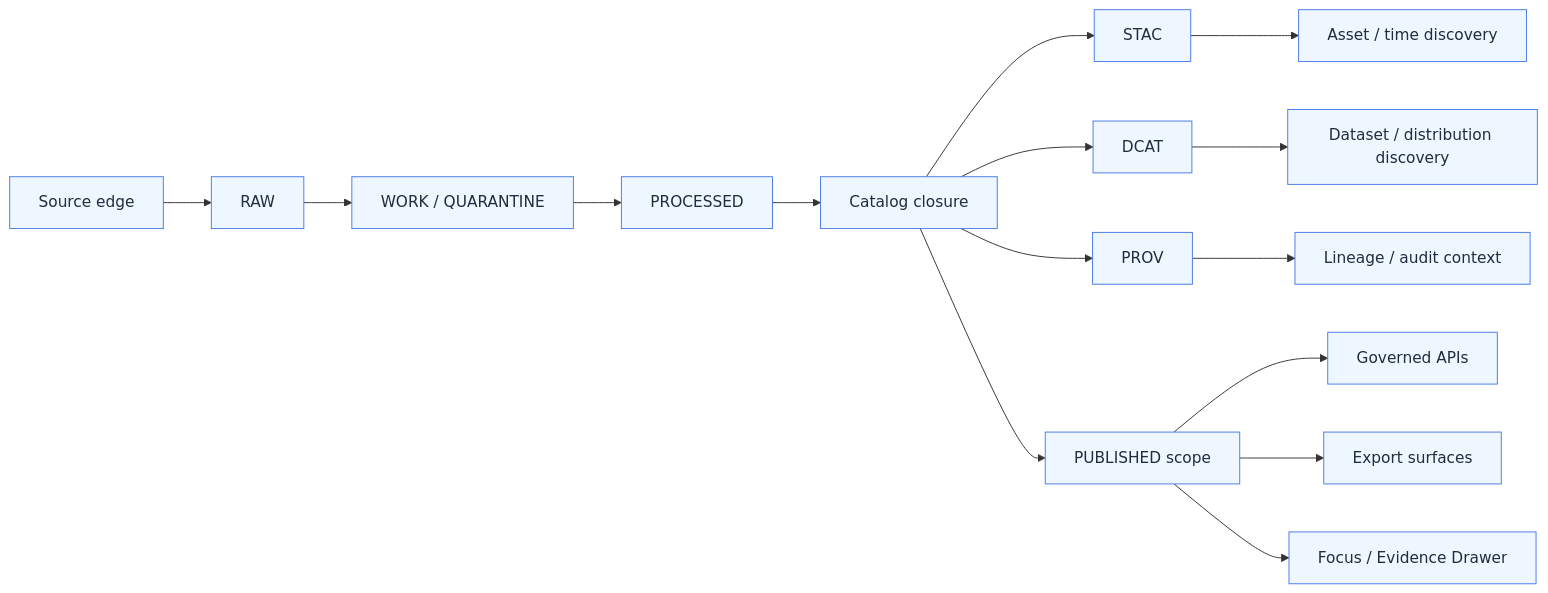
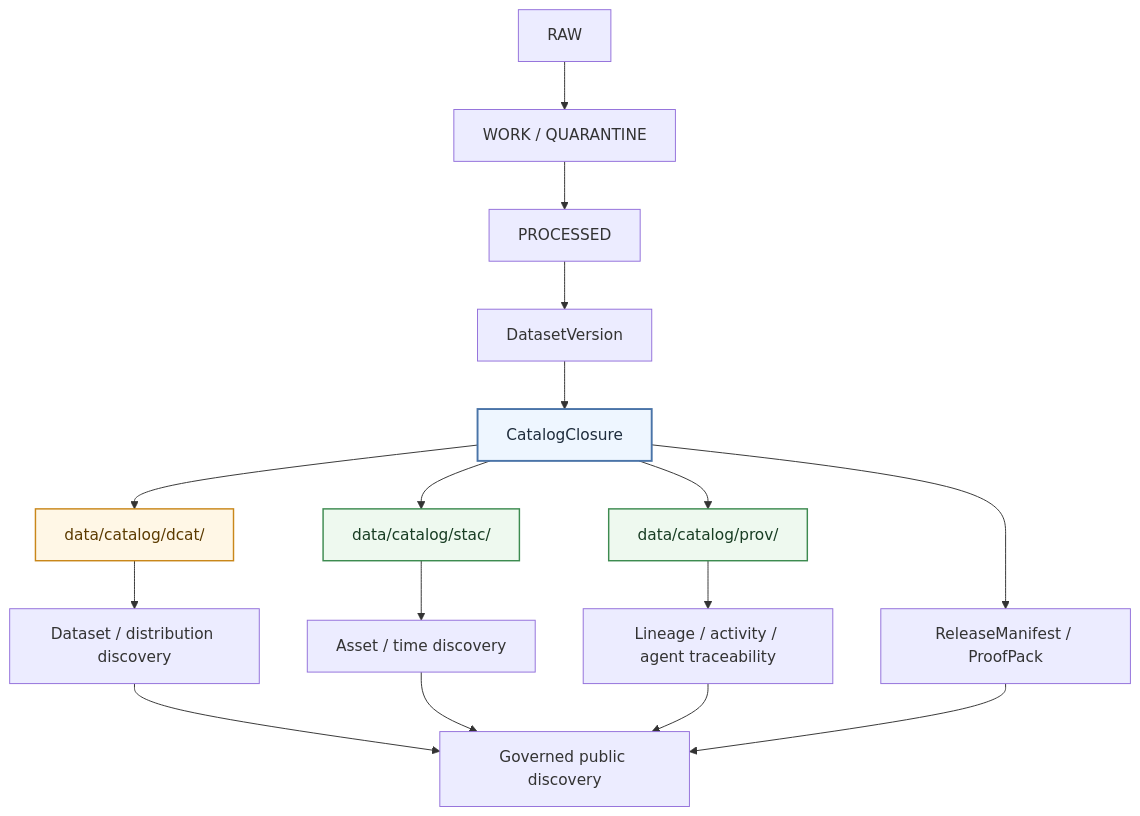
Before and after one commit to bartytime4life/Kansas-Frontier-Matrix: the diagram in data/catalog/dcat/README.md, drawn with Mermaid. The commit also changed other lines of this file, not shown here.

First line of the commit message:
Revise DCAT README with ownership and metadata updates

````diff
--- a/data/catalog/dcat/README.md
+++ b/data/catalog/dcat/README.md
@@ -275,25 +299,28 @@
 ```mermaid
-flowchart LR
-    A[Source edge] --> B[RAW]
-    B --> C[WORK / QUARANTINE]
-    C --> D[PROCESSED]
-    D --> E[Catalog closure]
+flowchart TD
+    A[RAW] --> B[WORK / QUARANTINE]
+    B --> C[PROCESSED]
+    C --> D[DatasetVersion]
+    D --> E[CatalogClosure]
 
-    E --> F[STAC]
-    E --> G[DCAT]
-    E --> H[PROV]
+    E --> F[data/catalog/dcat/]
+    E --> G[data/catalog/stac/]
+    E --> H[data/catalog/prov/]
+    E --> I[ReleaseManifest / ProofPack]
 
-    G --> I[Dataset / distribution discovery]
-    F --> J[Asset / time discovery]
-    H --> K[Lineage / audit context]
+    F --> J[Dataset / distribution discovery]
+    G --> K[Asset / time discovery]
+    H --> L[Lineage / activity / agent traceability]
 
-    E --> L[PUBLISHED scope]
-    L --> M[Governed APIs]
-    L --> N[Export surfaces]
-    L --> O[Focus / Evidence Drawer]
+    J --> M[Governed public discovery]
+    K --> M
+    L --> M
+    I --> M
 
-    classDef confirmed fill:#eef7ff,stroke:#4b7bec,color:#1f2d3d;
-    classDef caution fill:#fff7e6,stroke:#e6a23c,color:#5c3b00;
-
-    class A,B,C,D,E,F,G,H,I,J,K,L,M,N,O confirmed;
+    classDef seam fill:#eef6ff,stroke:#4a74a8,stroke-width:2px,color:#1f2d3d;
+    classDef lane fill:#fff7e6,stroke:#c9871a,stroke-width:1.5px,color:#5c3b00;
+    classDef sibling fill:#eef9ef,stroke:#3d8b50,stroke-width:1.5px,color:#183d23;
+    class E seam;
+    class F lane;
+    class G,H sibling;
 ```
````
